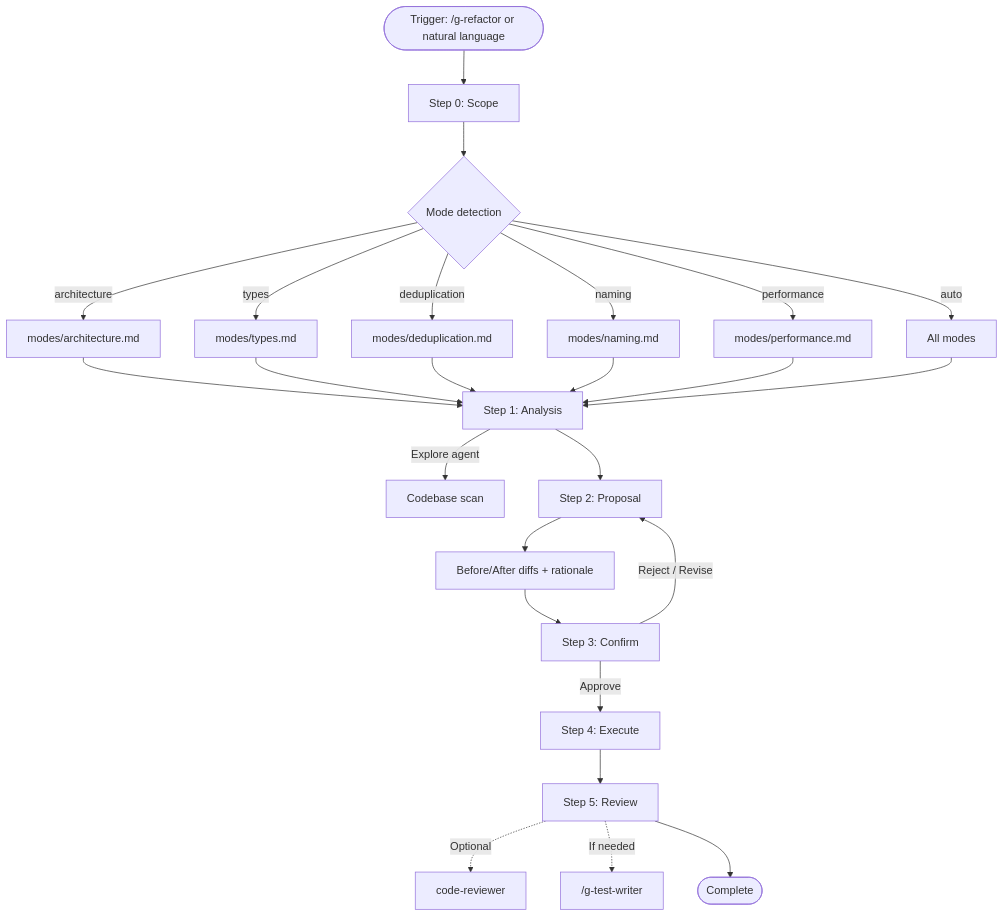
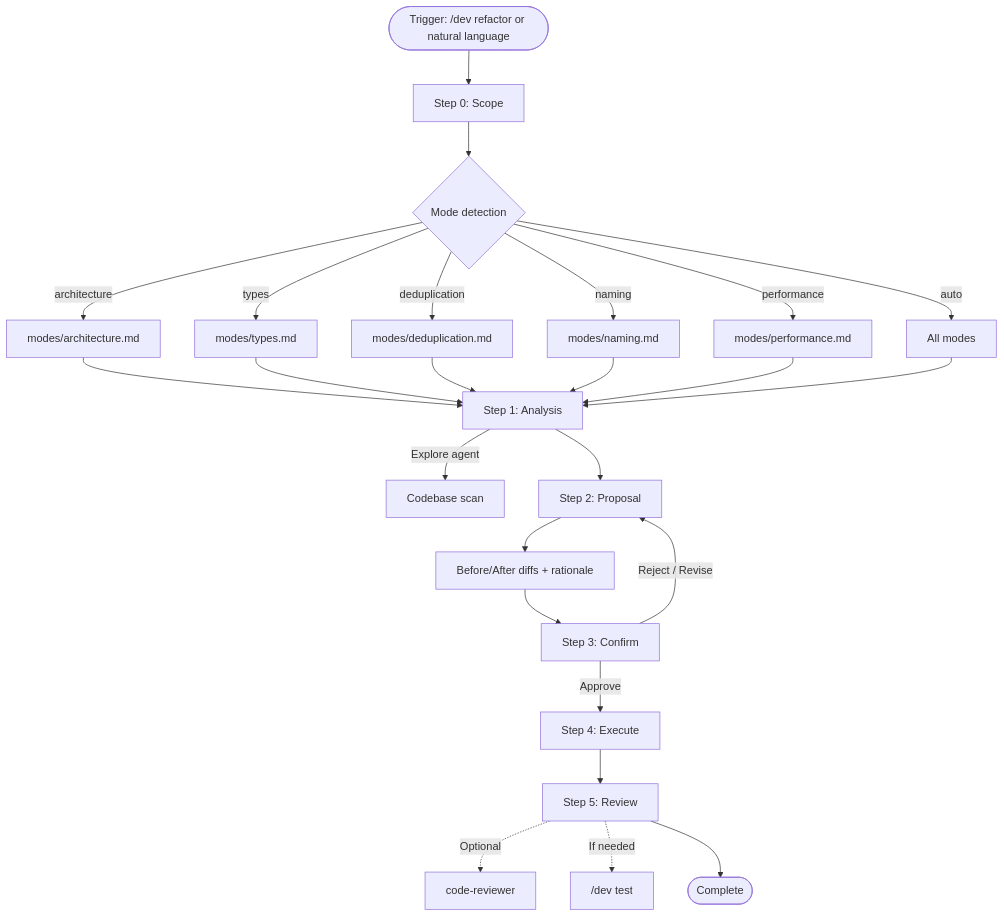
Before and after one commit to gloriaJun/grimoire: the diagram in skills/dev/tools/refactor/SKILL.md, drawn with Mermaid. The commit also changed other lines of this file and 11 other files, not shown here.

First line of the commit message:
docs(dev): finish english-only and dev-test naming carry-over

````diff
--- a/skills/dev/tools/refactor/SKILL.md
+++ b/skills/dev/tools/refactor/SKILL.md
@@ -21,22 +21,22 @@
 ```mermaid
 flowchart TD
-    A(["Trigger: /g-refactor or natural language"]) --> B["Step 0: Scope"]
+    A(["Trigger: /dev refactor or natural language"]) --> B["Step 0: Scope"]
     B --> C{"Mode detection"}
     C -- "architecture" --> D["modes/architecture.md"]
     C -- "types" --> E["modes/types.md"]
     C -- "deduplication" --> F["modes/deduplication.md"]
     C -- "naming" --> G["modes/naming.md"]
     C -- "performance" --> H["modes/performance.md"]
     C -- "auto" --> I["All modes"]
     D & E & F & G & H & I --> J["Step 1: Analysis"]
     J --> |"Explore agent"| J2["Codebase scan"]
     J --> K["Step 2: Proposal"]
     K --> L["Before/After diffs + rationale"]
     L --> M["Step 3: Confirm"]
     M -- "Approve" --> N["Step 4: Execute"]
     M -- "Reject / Revise" --> K
     N --> O["Step 5: Review"]
     O -.-> |"Optional"| P["code-reviewer"]
-    O -.-> |"If needed"| Q["/g-test-writer"]
+    O -.-> |"If needed"| Q["/dev test"]
     O --> R(["Complete"])
 ```
````
